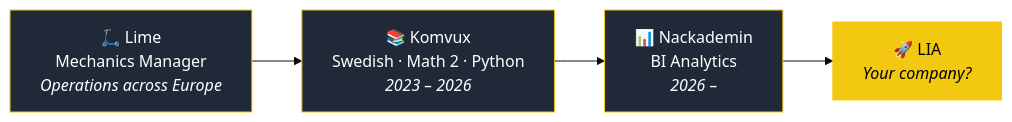
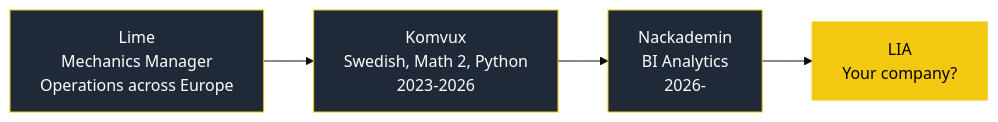
Before and after one commit to ErikBenalcazar/ErikBenalcazar: the diagram in README.md, drawn with Mermaid (base theme).

````diff
--- a/README.md
+++ b/README.md
@@ -34,10 +34,10 @@
 ```mermaid
 flowchart LR
-    A["🛴 Lime<br/>Mechanics Manager<br/><i>Operations across Europe</i>"] --> B["📚 Komvux<br/>Swedish · Math 2 · Python<br/><i>2023 – 2026</i>"]
-    B --> C["📊 Nackademin<br/>BI Analytics<br/><i>2026 –</i>"]
-    C --> D["🚀 LIA<br/><i>Your company?</i>"]
+    A["Lime<br/>Mechanics Manager<br/>Operations across Europe"] --> B["Komvux<br/>Swedish, Math 2, Python<br/>2023-2026"]
+    B --> C["Nackademin<br/>BI Analytics<br/>2026-"]
+    C --> D["LIA<br/>Your company?"]
     style A fill:#1f2937,stroke:#F2C811,color:#fff
     style B fill:#1f2937,stroke:#F2C811,color:#fff
     style C fill:#1f2937,stroke:#F2C811,color:#fff
     style D fill:#F2C811,stroke:#F2C811,color:#000
 ```
````
